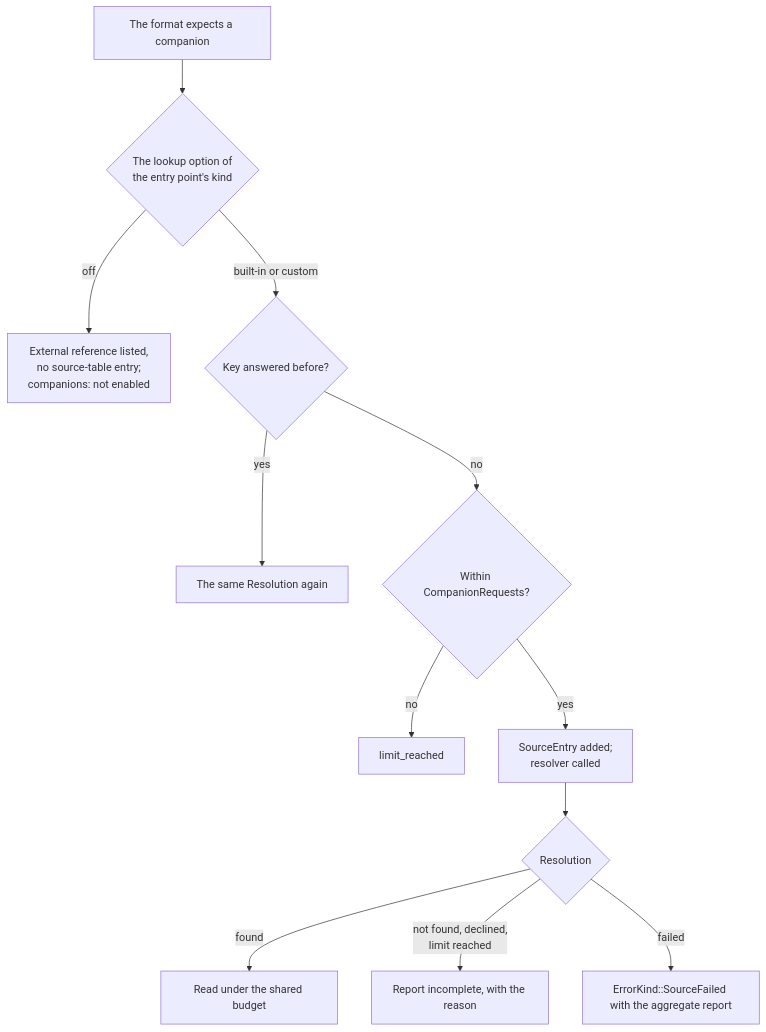
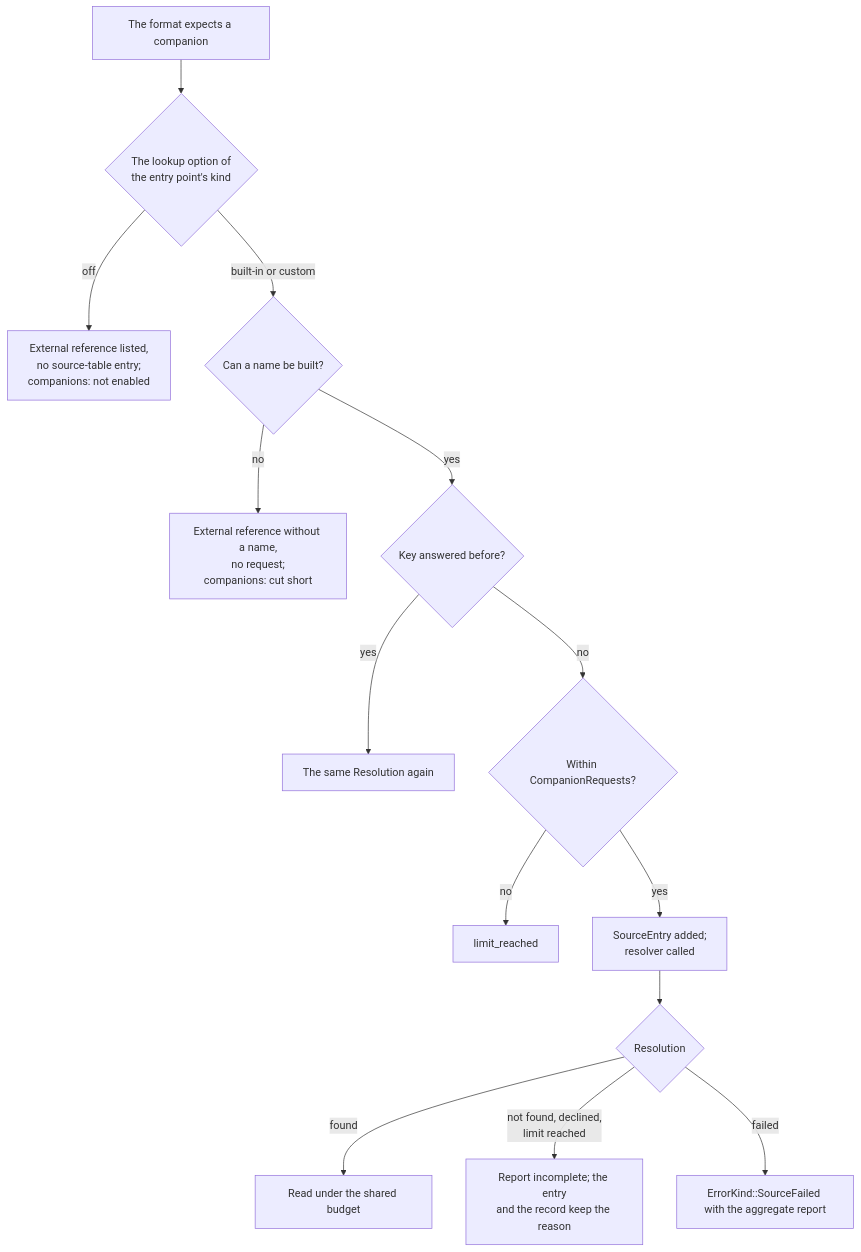
The second of 2 diagrams in docs/design/api.md (caoccao/cc-media-probe), drawn with Mermaid before and after one commit. The commit also changed other lines of this file and 25 other files, not shown here.

````diff
--- a/docs/design/api.md
+++ b/docs/design/api.md
@@ -1003,14 +1059,16 @@
 ```mermaid
 flowchart TD
   X["The format expects a companion"] --> EN{"The lookup option of<br/>the entry point's kind"}
   EN -->|off| NE["External reference listed,<br/>no source-table entry;<br/>companions: not enabled"]
-  EN -->|"built-in or custom"| K{"Key answered before?"}
+  EN -->|"built-in or custom"| NM{"Can a name be built?"}
+  NM -->|no| NN["External reference without a name,<br/>no request;<br/>companions: cut short"]
+  NM -->|yes| K{"Key answered before?"}
   K -->|yes| SAME["The same Resolution again"]
   K -->|no| LIM{"Within CompanionRequests?"}
   LIM -->|no| LR["limit_reached"]
   LIM -->|yes| REQ["SourceEntry added;<br/>resolver called"]
   REQ --> RES{"Resolution"}
   RES -->|found| READ["Read under the shared budget"]
-  RES -->|"not found, declined,<br/>limit reached"| INC["Report incomplete, with the reason"]
+  RES -->|"not found, declined,<br/>limit reached"| INC["Report incomplete; the entry<br/>and the record keep the reason"]
   RES -->|failed| ERR["ErrorKind::SourceFailed with the aggregate report"]
 ```
````
